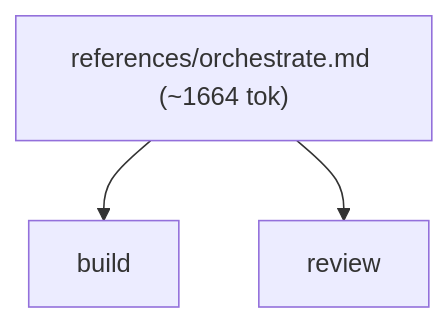
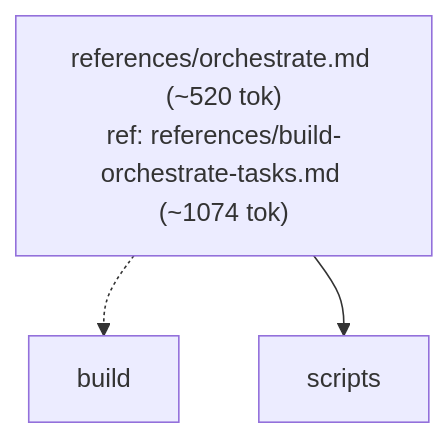
Before and after one commit to alecegg/varde: the third of 8 diagrams in skills/varde-change/FLOW.md, drawn with Mermaid. The commit also changed other lines of this file and 1293 other files, not shown here.

````diff
--- a/skills/varde-change/FLOW.md
+++ b/skills/varde-change/FLOW.md
@@ -111,8 +73,8 @@
 ```mermaid
 flowchart TD
-  n0["references/orchestrate.md (~1664 tok)"]
+  n0["references/orchestrate.md (~520 tok)<br/>ref: references/build-orchestrate-tasks.md (~1074 tok)"]
   n1["build"]
-  n2["review"]
-  n0 --> n1
+  n2["scripts"]
+  n0 -.-> n1
   n0 --> n2
 ```
````
